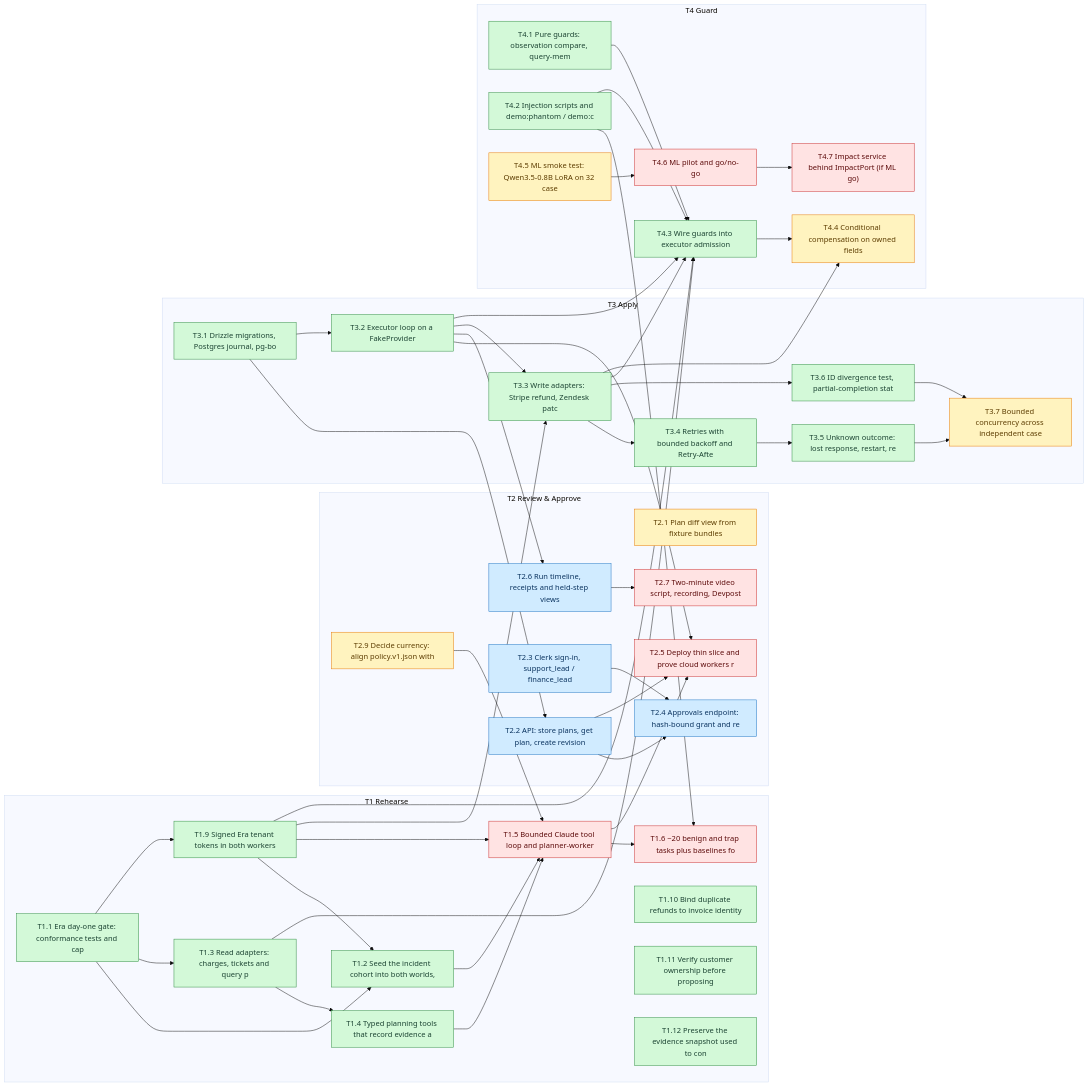
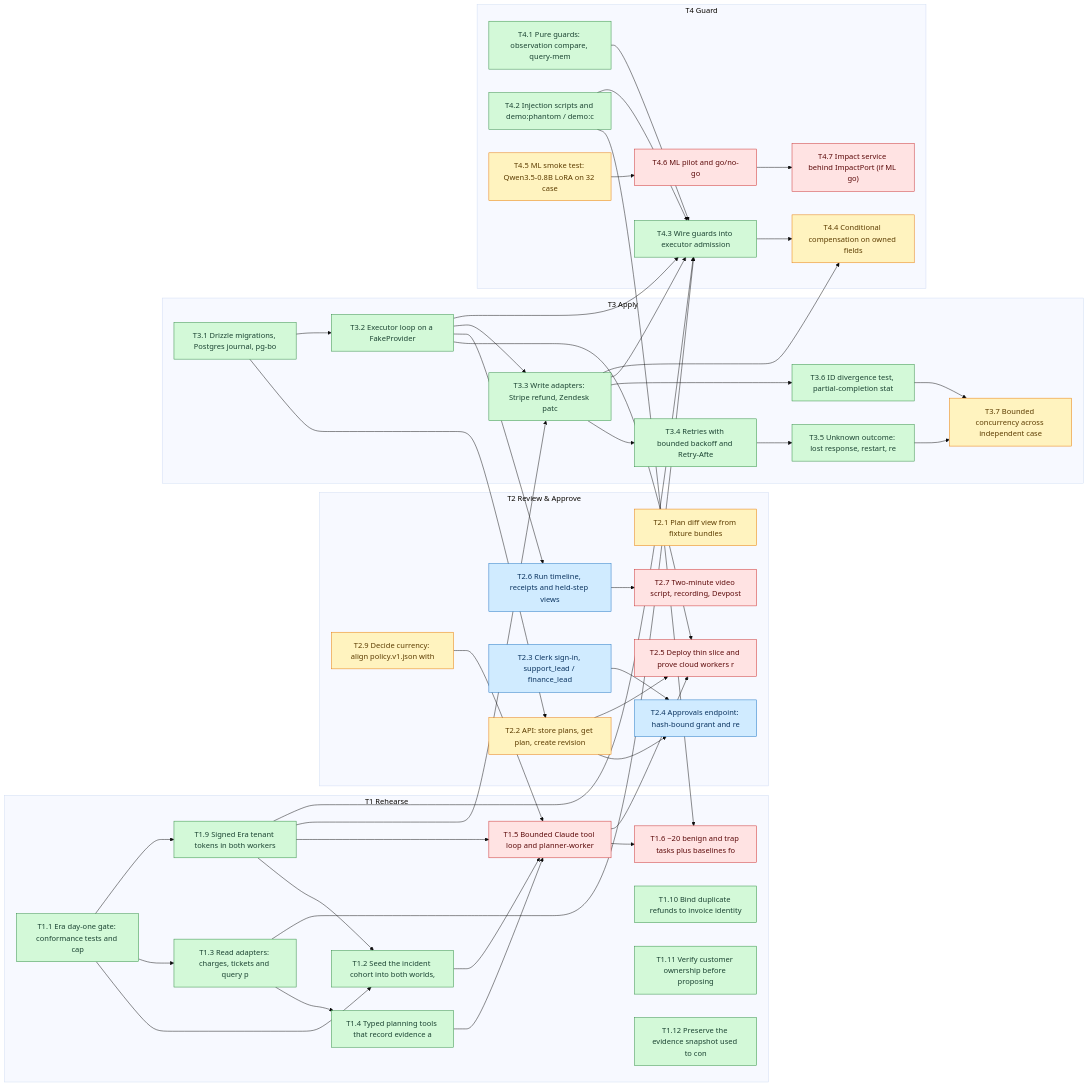
Before and after one commit to SoroushRF/Rehearsal: the diagram in BLOCKERS.md, drawn with Mermaid (base theme). The commit also changed other lines of this file, not shown here.

```diff
--- a/BLOCKERS.md
+++ b/BLOCKERS.md
@@ -105,7 +105,7 @@
   end
   subgraph T2[T2 Review & Approve]
     T2_1["T2.1 Plan diff view from fixture bundles"]:::ready
-    T2_2["T2.2 API: store plans, get plan, create revision"]:::review
+    T2_2["T2.2 API: store plans, get plan, create revision"]:::ready
     T2_3["T2.3 Clerk sign-in, support_lead / finance_lead "]:::review
     T2_4["T2.4 Approvals endpoint: hash-bound grant and re"]:::review
     T2_5["T2.5 Deploy thin slice and prove cloud workers r"]:::blocked
```
